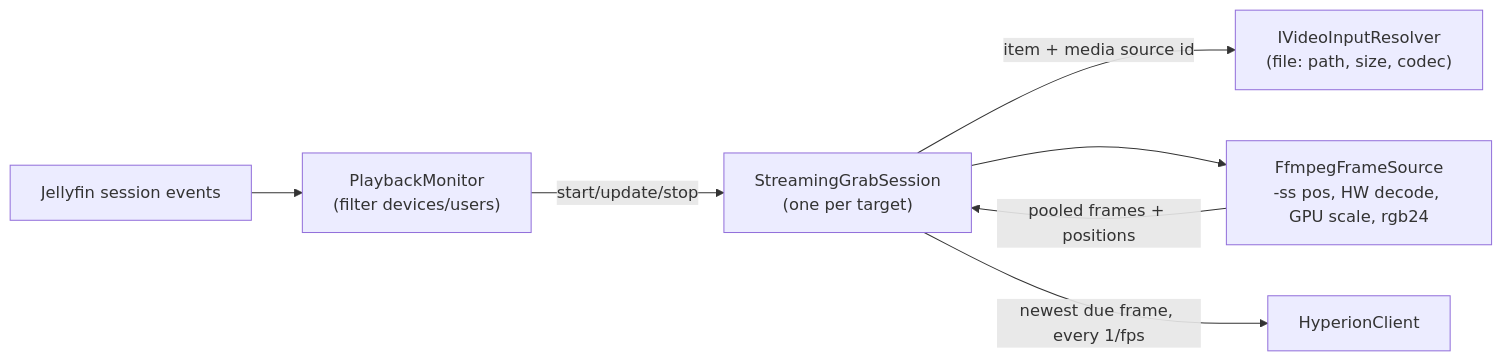
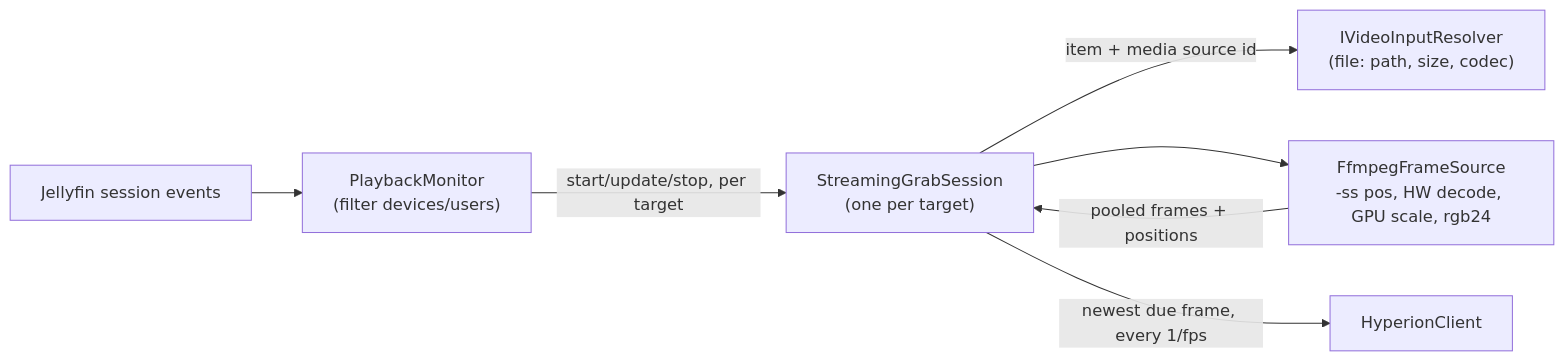
Before and after one commit to 25LioN52/JellyfinHyperionGrabber: the second of 2 diagrams in docs/development/architecture.md, drawn with Mermaid. The commit also changed other lines of this file and 64 other files, not shown here.

Commit message:
feat: HDR and Dolby Vision tone mapping, anamorphic video, one Hyperion server per TV (#47)

````diff
--- a/docs/development/architecture.md
+++ b/docs/development/architecture.md
@@ -89,9 +93,9 @@
 ```mermaid
 flowchart LR
     Events["Jellyfin session events"] --> Monitor["PlaybackMonitor<br/>(filter devices/users)"]
-    Monitor -->|start/update/stop| Session["StreamingGrabSession<br/>(one per target)"]
+    Monitor -->|"start/update/stop, per target"| Session["StreamingGrabSession<br/>(one per target)"]
     Session -->|"item + media source id"| Resolver["IVideoInputResolver<br/>(file: path, size, codec)"]
     Session --> Source["FfmpegFrameSource<br/>-ss pos, HW decode, GPU scale, rgb24"]
     Source -->|"pooled frames + positions"| Session
     Session -->|"newest due frame, every 1/fps"| Sink["HyperionClient"]
 ```
````
